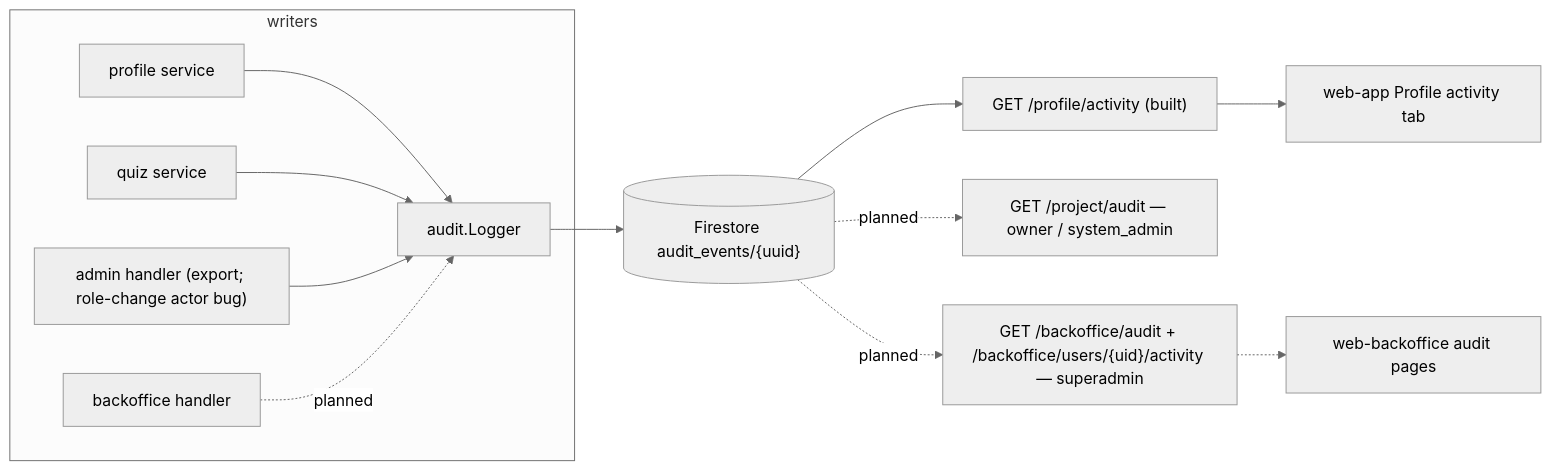
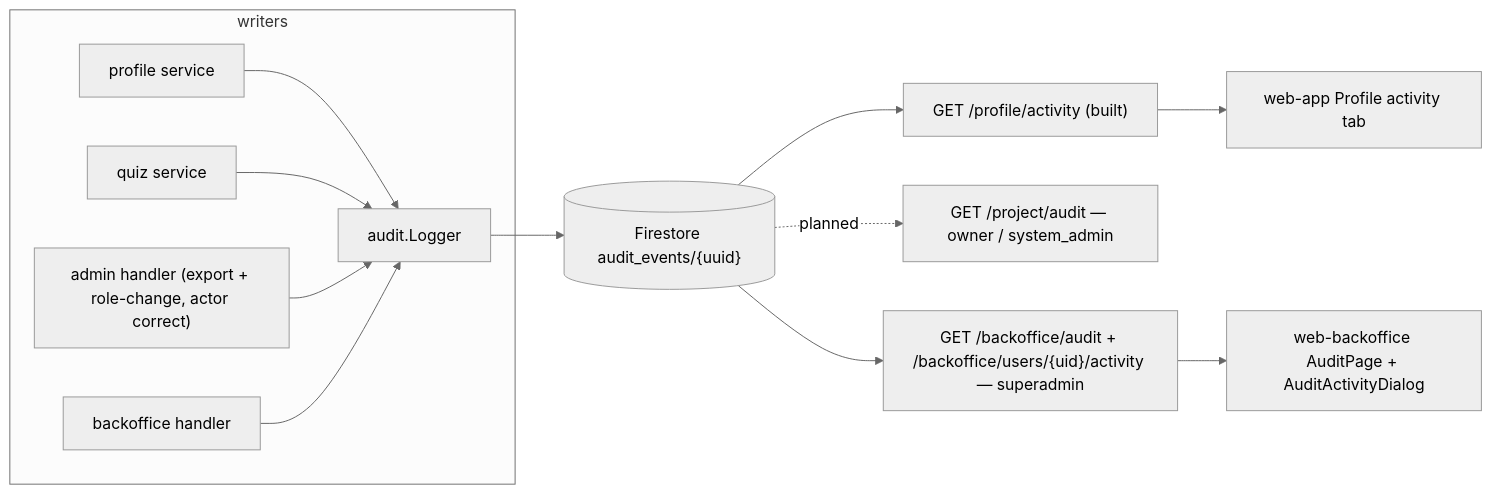
Before and after one commit to sathittham/factory-sync-solutions: the diagram in docs/product/audit/README.md, drawn with Mermaid (neutral theme). The commit also changed other lines of this file and 15 other files, not shown here.

Commit message:
docs(admin): update admin and audit product docs, add audit test plan

````diff
--- a/docs/product/audit/README.md
+++ b/docs/product/audit/README.md
@@ -94,13 +97,13 @@
 ```mermaid
 flowchart LR
   subgraph writers
     PS[profile service] --> L[audit.Logger]
     QS[quiz service] --> L
-    AH["admin handler (export; role-change actor bug)"] --> L
-    BH[backoffice handler] -.->|planned| L
+    AH["admin handler (export + role-change, actor correct)"] --> L
+    BH[backoffice handler] --> L
   end
   L --> D[("Firestore audit_events/{uuid}")]
   D --> P1["GET /profile/activity (built)"] --> UA[web-app Profile activity tab]
   D -.->|planned| P2["GET /project/audit — owner / system_admin"]
-  D -.->|planned| P3["GET /backoffice/audit + /backoffice/users/{uid}/activity — superadmin"] -.-> BO[web-backoffice audit pages]
+  D --> P3["GET /backoffice/audit + /backoffice/users/{uid}/activity — superadmin"] --> BO[web-backoffice AuditPage + AuditActivityDialog]
 ```
````
